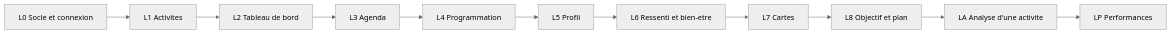
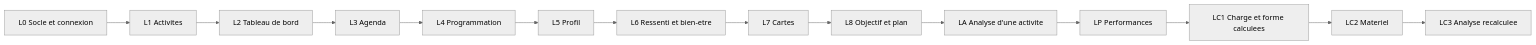
Before and after one commit to quentinmonnier04/appli-triathlon: the third of 3 diagrams in CLAUDE.md, drawn with Mermaid (neutral theme). The commit also changed other lines of this file, not shown here.

Commit message:
CDC : lots LC1 (charge, forme, bilan de la semaine), LC2 (matériel), LC3 (analyse recalculée) (F-120 à F-131, D-41)

````diff
--- a/CLAUDE.md
+++ b/CLAUDE.md
@@ -415,13 +436,16 @@
 ```mermaid
 flowchart LR
     L0["L0 Socle et connexion"] --> L1["L1 Activites"]
     L1 --> L2["L2 Tableau de bord"]
     L2 --> L3["L3 Agenda"]
     L3 --> L4["L4 Programmation"]
     L4 --> L5["L5 Profil"]
     L5 --> L6["L6 Ressenti et bien-etre"]
     L6 --> L7["L7 Cartes"]
     L7 --> L8["L8 Objectif et plan"]
     L8 --> LA["LA Analyse d'une activite"]
     LA --> LP["LP Performances"]
+    LP --> LC1["LC1 Charge et forme calculees"]
+    LC1 --> LC2["LC2 Materiel"]
+    LC2 --> LC3["LC3 Analyse recalculee"]
 ```
````
